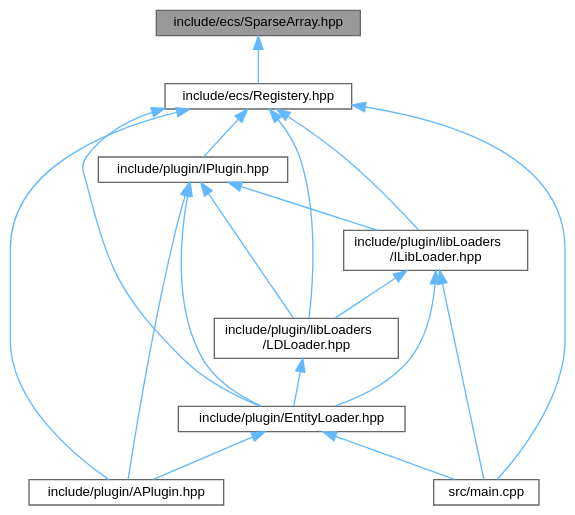
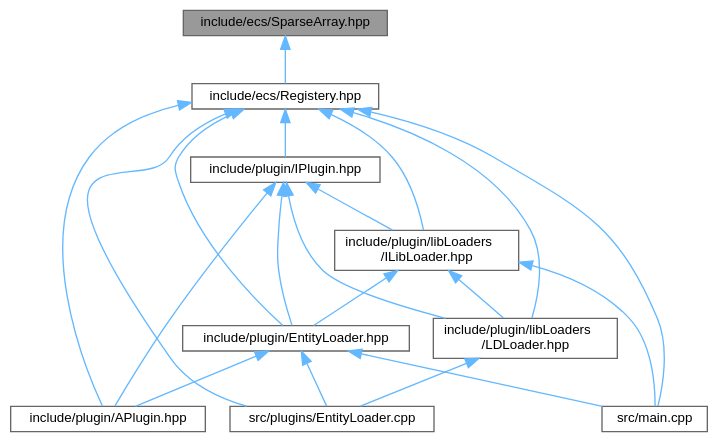
Before and after one commit to sami-hmr/R-Type: the diagram in SparseArray_8hpp__dep__incl.dot, drawn with Graphviz. The commit also changed 176 other files, not shown here.

```diff
--- a/SparseArray_8hpp__dep__incl.dot
+++ b/SparseArray_8hpp__dep__incl.dot
@@ -1,32 +1,35 @@
 digraph "include/ecs/SparseArray.hpp"
 {
  // LATEX_PDF_SIZE
   bgcolor="transparent";
   edge [fontname=Helvetica,fontsize=10,labelfontname=Helvetica,labelfontsize=10];
   node [fontname=Helvetica,fontsize=10,shape=box,height=0.2,width=0.4];
   Node1 [id="Node000001",label="include/ecs/SparseArray.hpp",height=0.2,width=0.4,color="gray40", fillcolor="grey60", style="filled", fontcolor="black",tooltip=" "];
   Node1 -> Node2 [id="edge1_Node000001_Node000002",dir="back",color="steelblue1",style="solid",tooltip=" "];
   Node2 [id="Node000002",label="include/ecs/Registery.hpp",height=0.2,width=0.4,color="grey40", fillcolor="white", style="filled",URL="$Registery_8hpp.html",tooltip=" "];
   Node2 -> Node3 [id="edge2_Node000002_Node000003",dir="back",color="steelblue1",style="solid",tooltip=" "];
   Node3 [id="Node000003",label="include/plugin/APlugin.hpp",height=0.2,width=0.4,color="grey40", fillcolor="white", style="filled",URL="$APlugin_8hpp.html",tooltip=" "];
   Node2 -> Node4 [id="edge3_Node000002_Node000004",dir="back",color="steelblue1",style="solid",tooltip=" "];
   Node4 [id="Node000004",label="include/plugin/EntityLoader.hpp",height=0.2,width=0.4,color="grey40", fillcolor="white", style="filled",URL="$EntityLoader_8hpp.html",tooltip=" "];
   Node4 -> Node3 [id="edge4_Node000004_Node000003",dir="back",color="steelblue1",style="solid",tooltip=" "];
   Node4 -> Node5 [id="edge5_Node000004_Node000005",dir="back",color="steelblue1",style="solid",tooltip=" "];
   Node5 [id="Node000005",label="src/main.cpp",height=0.2,width=0.4,color="grey40", fillcolor="white", style="filled",URL="$main_8cpp.html",tooltip=" "];
-  Node2 -> Node6 [id="edge6_Node000002_Node000006",dir="back",color="steelblue1",style="solid",tooltip=" "];
-  Node6 [id="Node000006",label="include/plugin/IPlugin.hpp",height=0.2,width=0.4,color="grey40", fillcolor="white", style="filled",URL="$IPlugin_8hpp.html",tooltip=" "];
-  Node6 -> Node3 [id="edge7_Node000006_Node000003",dir="back",color="steelblue1",style="solid",tooltip=" "];
-  Node6 -> Node4 [id="edge8_Node000006_Node000004",dir="back",color="steelblue1",style="solid",tooltip=" "];
-  Node6 -> Node7 [id="edge9_Node000006_Node000007",dir="back",color="steelblue1",style="solid",tooltip=" "];
-  Node7 [id="Node000007",label="include/plugin/libLoaders\l/ILibLoader.hpp",height=0.2,width=0.4,color="grey40", fillcolor="white", style="filled",URL="$ILibLoader_8hpp.html",tooltip=" "];
-  Node7 -> Node4 [id="edge10_Node000007_Node000004",dir="back",color="steelblue1",style="solid",tooltip=" "];
-  Node7 -> Node8 [id="edge11_Node000007_Node000008",dir="back",color="steelblue1",style="solid",tooltip=" "];
-  Node8 [id="Node000008",label="include/plugin/libLoaders\l/LDLoader.hpp",height=0.2,width=0.4,color="grey40", fillcolor="white", style="filled",URL="$LDLoader_8hpp.html",tooltip=" "];
-  Node8 -> Node4 [id="edge12_Node000008_Node000004",dir="back",color="steelblue1",style="solid",tooltip=" "];
-  Node7 -> Node5 [id="edge13_Node000007_Node000005",dir="back",color="steelblue1",style="solid",tooltip=" "];
-  Node6 -> Node8 [id="edge14_Node000006_Node000008",dir="back",color="steelblue1",style="solid",tooltip=" "];
-  Node2 -> Node7 [id="edge15_Node000002_Node000007",dir="back",color="steelblue1",style="solid",tooltip=" "];
+  Node4 -> Node6 [id="edge6_Node000004_Node000006",dir="back",color="steelblue1",style="solid",tooltip=" "];
+  Node6 [id="Node000006",label="src/plugins/EntityLoader.cpp",height=0.2,width=0.4,color="grey40", fillcolor="white", style="filled",URL="$EntityLoader_8cpp.html",tooltip=" "];
+  Node2 -> Node7 [id="edge7_Node000002_Node000007",dir="back",color="steelblue1",style="solid",tooltip=" "];
+  Node7 [id="Node000007",label="include/plugin/IPlugin.hpp",height=0.2,width=0.4,color="grey40", fillcolor="white", style="filled",URL="$IPlugin_8hpp.html",tooltip=" "];
+  Node7 -> Node3 [id="edge8_Node000007_Node000003",dir="back",color="steelblue1",style="solid",tooltip=" "];
+  Node7 -> Node4 [id="edge9_Node000007_Node000004",dir="back",color="steelblue1",style="solid",tooltip=" "];
+  Node7 -> Node8 [id="edge10_Node000007_Node000008",dir="back",color="steelblue1",style="solid",tooltip=" "];
+  Node8 [id="Node000008",label="include/plugin/libLoaders\l/ILibLoader.hpp",height=0.2,width=0.4,color="grey40", fillcolor="white", style="filled",URL="$ILibLoader_8hpp.html",tooltip=" "];
+  Node8 -> Node4 [id="edge11_Node000008_Node000004",dir="back",color="steelblue1",style="solid",tooltip=" "];
+  Node8 -> Node9 [id="edge12_Node000008_Node000009",dir="back",color="steelblue1",style="solid",tooltip=" "];
+  Node9 [id="Node000009",label="include/plugin/libLoaders\l/LDLoader.hpp",height=0.2,width=0.4,color="grey40", fillcolor="white", style="filled",URL="$LDLoader_8hpp.html",tooltip=" "];
+  Node9 -> Node6 [id="edge13_Node000009_Node000006",dir="back",color="steelblue1",style="solid",tooltip=" "];
+  Node8 -> Node5 [id="edge14_Node000008_Node000005",dir="back",color="steelblue1",style="solid",tooltip=" "];
+  Node7 -> Node9 [id="edge15_Node000007_Node000009",dir="back",color="steelblue1",style="solid",tooltip=" "];
   Node2 -> Node8 [id="edge16_Node000002_Node000008",dir="back",color="steelblue1",style="solid",tooltip=" "];
-  Node2 -> Node5 [id="edge17_Node000002_Node000005",dir="back",color="steelblue1",style="solid",tooltip=" "];
+  Node2 -> Node9 [id="edge17_Node000002_Node000009",dir="back",color="steelblue1",style="solid",tooltip=" "];
+  Node2 -> Node5 [id="edge18_Node000002_Node000005",dir="back",color="steelblue1",style="solid",tooltip=" "];
+  Node2 -> Node6 [id="edge19_Node000002_Node000006",dir="back",color="steelblue1",style="solid",tooltip=" "];
 }
```
